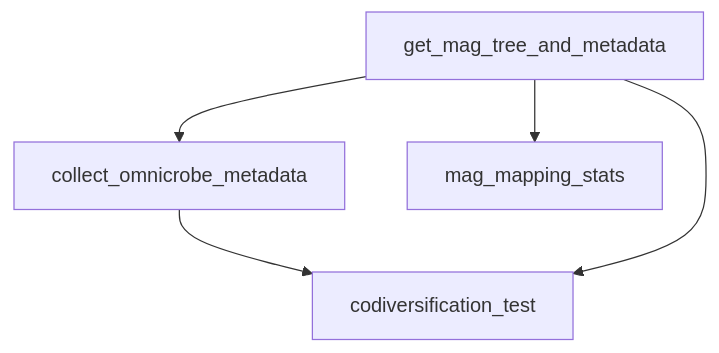
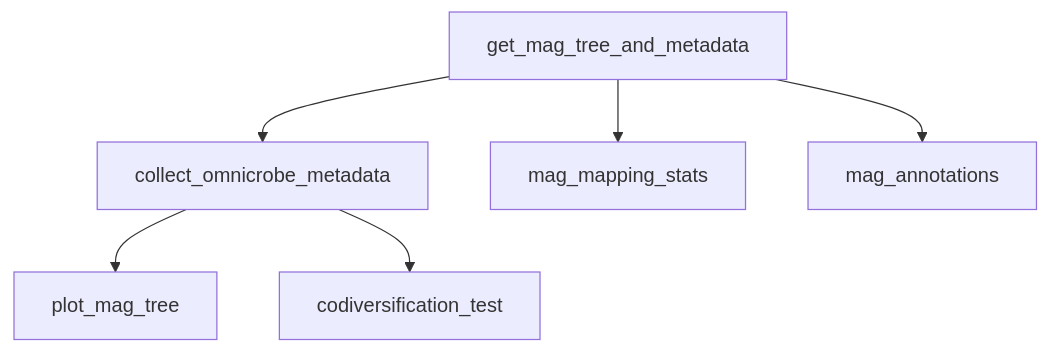
Before and after one commit to markella-moraitou/mammal_oral_microbiome_stats: the third of 3 diagrams in README.md, drawn with Mermaid. The commit also changed 1 other file, not shown here.

Commit message:
Compare taxonomic and habitat info of codiversifying and non codiversifying MAGs

````diff
--- a/README.md
+++ b/README.md
@@ -31,7 +31,8 @@
 ```mermaid # Not sure if accurate, double check
 flowchart TD;
     A[get_mag_tree_and_metadata]-->B[collect_omnicrobe_metadata]
     A-->C[mag_mapping_stats]
     B-->D[plot_mag_tree]
-    A-->D[codiversification_test]
+    B-->E[codiversification_test]
+    A-->F[mag_annotations]
 ```
````
